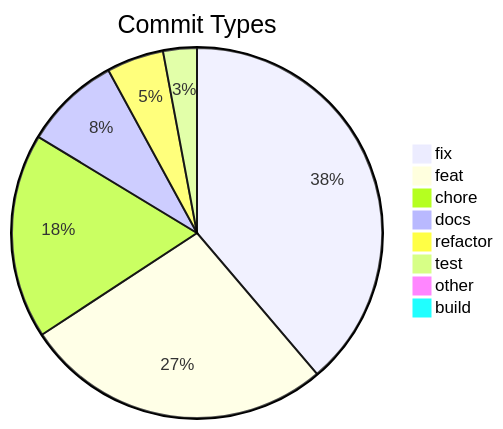
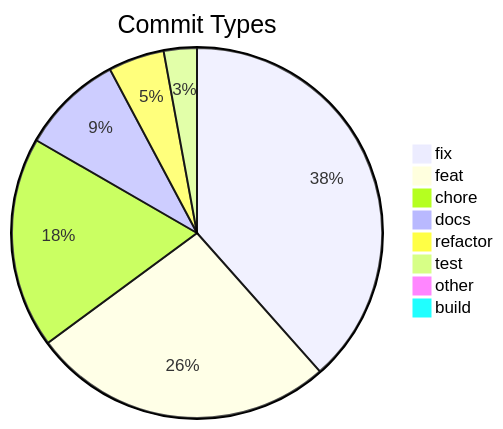
One commit to svenroth-ai/shipwright-webui changed the diagram in .shipwright/compliance/change-history.md. Above: the diagram before and after it, drawn with Mermaid. The commit also changed other lines of this file and 18 other files, not shown here.

````diff
--- a/.shipwright/compliance/change-history.md
+++ b/.shipwright/compliance/change-history.md
@@ -8,11 +8,11 @@
 ```mermaid
 pie title Commit Types
-    "fix" : 171
+    "fix" : 173
     "feat" : 119
-    "chore" : 79
-    "docs" : 37
+    "chore" : 83
+    "docs" : 40
     "refactor" : 22
     "test" : 13
     "other" : 4
     "build" : 1
 ```
````
